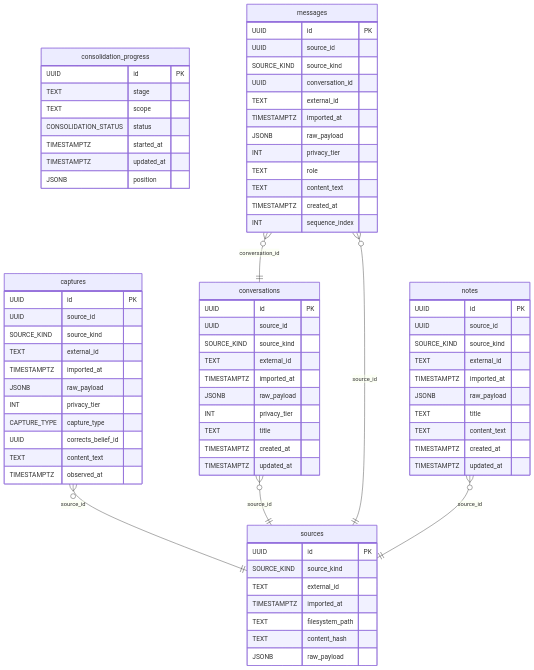
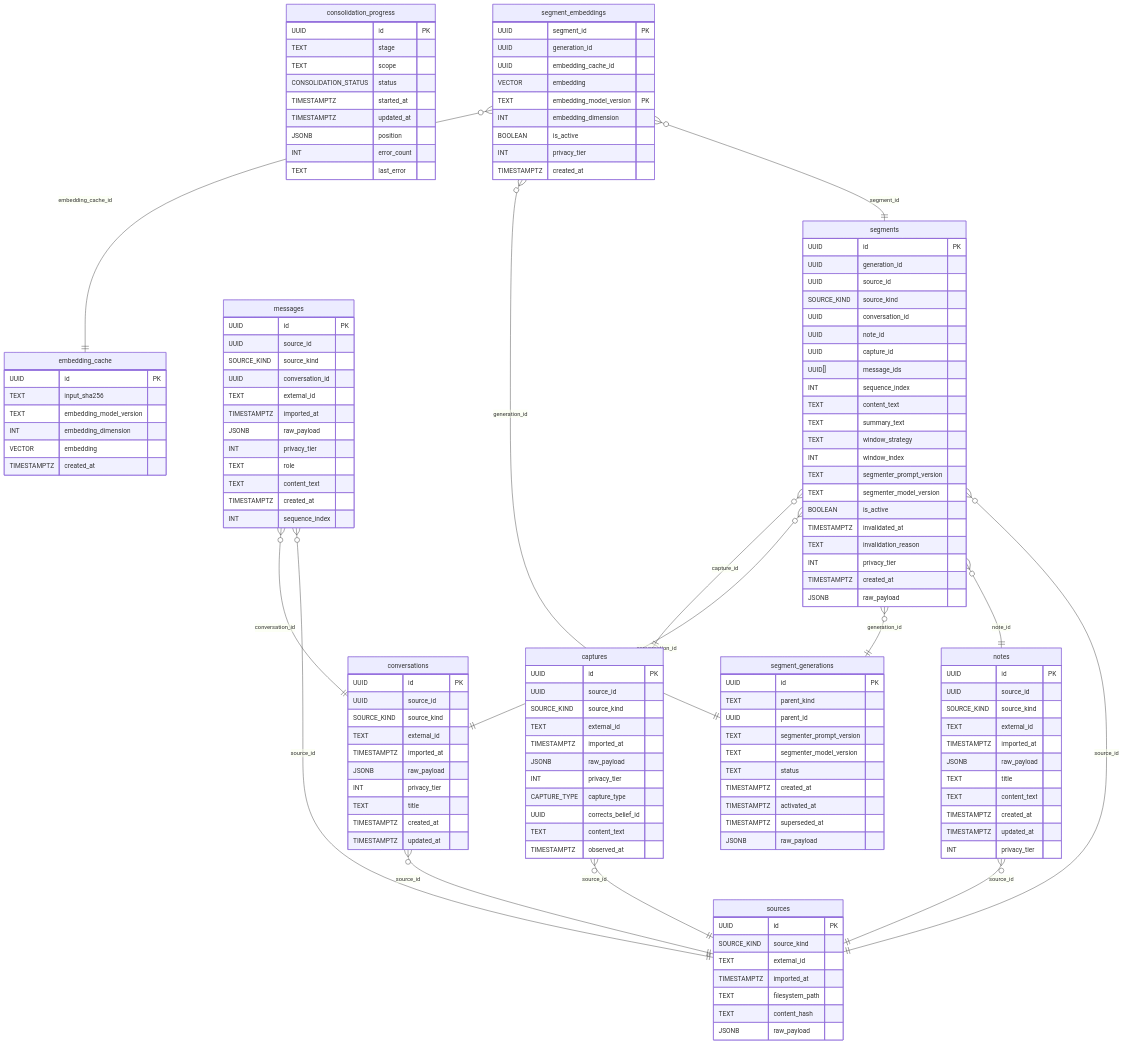
Before and after one commit to halbritt/engram: the diagram in docs/schema/README.md, drawn with Mermaid. The commit also changed other lines of this file, not shown here.

Commit message:
schema doc

````diff
--- a/docs/schema/README.md
+++ b/docs/schema/README.md
@@ -27,6 +27,8 @@
         TIMESTAMPTZ started_at
         TIMESTAMPTZ updated_at
         JSONB position
+        INT error_count
+        TEXT last_error
     }
     conversations {
         UUID id PK
@@ -39,6 +41,14 @@
         TEXT title
         TIMESTAMPTZ created_at
         TIMESTAMPTZ updated_at
+    }
+    embedding_cache {
+        UUID id PK
+        TEXT input_sha256
+        TEXT embedding_model_version
+        INT embedding_dimension
+        VECTOR embedding
+        TIMESTAMPTZ created_at
     }
     messages {
         UUID id PK
@@ -65,6 +75,53 @@
         TEXT content_text
         TIMESTAMPTZ created_at
         TIMESTAMPTZ updated_at
+        INT privacy_tier
+    }
+    segment_embeddings {
+        UUID segment_id PK
+        UUID generation_id
+        UUID embedding_cache_id
+        VECTOR embedding
+        TEXT embedding_model_version PK
+        INT embedding_dimension
+        BOOLEAN is_active
+        INT privacy_tier
+        TIMESTAMPTZ created_at
+    }
+    segment_generations {
+        UUID id PK
+        TEXT parent_kind
+        UUID parent_id
+        TEXT segmenter_prompt_version
+        TEXT segmenter_model_version
+        TEXT status
+        TIMESTAMPTZ created_at
+        TIMESTAMPTZ activated_at
+        TIMESTAMPTZ superseded_at
+        JSONB raw_payload
+    }
+    segments {
+        UUID id PK
+        UUID generation_id
+        UUID source_id
+        SOURCE_KIND source_kind
+        UUID conversation_id
+        UUID note_id
+        UUID capture_id
+        UUID[] message_ids
+        INT sequence_index
+        TEXT content_text
+        TEXT summary_text
+        TEXT window_strategy
+        INT window_index
+        TEXT segmenter_prompt_version
+        TEXT segmenter_model_version
+        BOOLEAN is_active
+        TIMESTAMPTZ invalidated_at
+        TEXT invalidation_reason
+        INT privacy_tier
+        TIMESTAMPTZ created_at
+        JSONB raw_payload
     }
     sources {
         UUID id PK
@@ -80,4 +137,12 @@
     messages }o--|| conversations : "conversation_id"
     messages }o--|| sources : "source_id"
     notes }o--|| sources : "source_id"
+    segment_embeddings }o--|| embedding_cache : "embedding_cache_id"
+    segment_embeddings }o--|| segment_generations : "generation_id"
+    segment_embeddings }o--|| segments : "segment_id"
+    segments }o--|| captures : "capture_id"
+    segments }o--|| conversations : "conversation_id"
+    segments }o--|| segment_generations : "generation_id"
+    segments }o--|| notes : "note_id"
+    segments }o--|| sources : "source_id"
 ```
````
